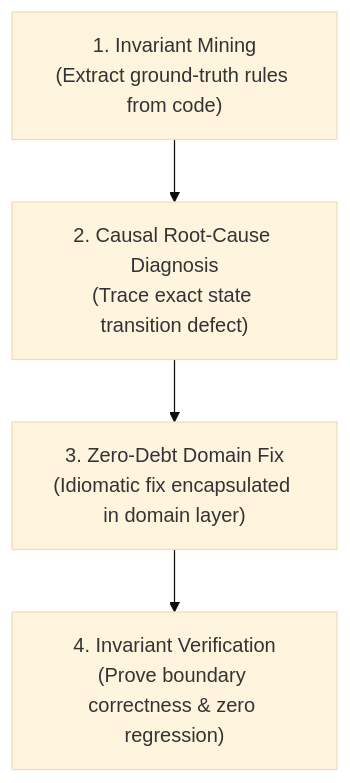
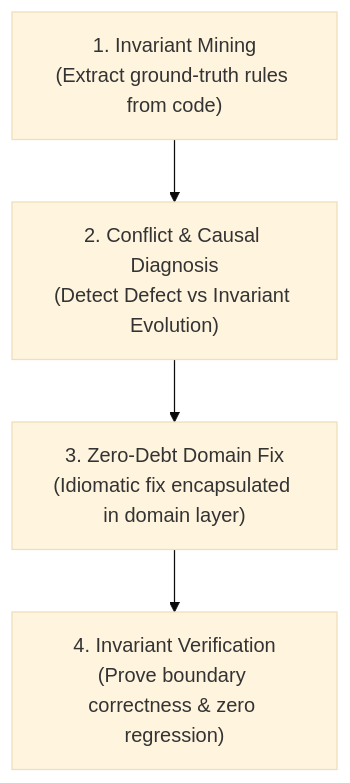
The diagram in skills/ottonet-skill/SKILL.md (quocbahuynh/OttoNet-Skills), drawn with Mermaid (base theme) before and after one commit. The commit also changed other lines of this file and 4 other files, not shown here.

Commit message:
feat: add invariant evolution and conflict resolution protocol

````diff
--- a/skills/ottonet-skill/SKILL.md
+++ b/skills/ottonet-skill/SKILL.md
@@ -38,6 +40,6 @@
 ```mermaid
 graph TD
-    S1["1. Invariant Mining<br/>(Extract ground-truth rules from code)"] --> S2["2. Causal Root-Cause Diagnosis<br/>(Trace exact state transition defect)"]
+    S1["1. Invariant Mining<br/>(Extract ground-truth rules from code)"] --> S2["2. Conflict & Causal Diagnosis<br/>(Detect Defect vs Invariant Evolution)"]
     S2 --> S3["3. Zero-Debt Domain Fix<br/>(Idiomatic fix encapsulated in domain layer)"]
     S3 --> S4["4. Invariant Verification<br/>(Prove boundary correctness & zero regression)"]
 ```
````
